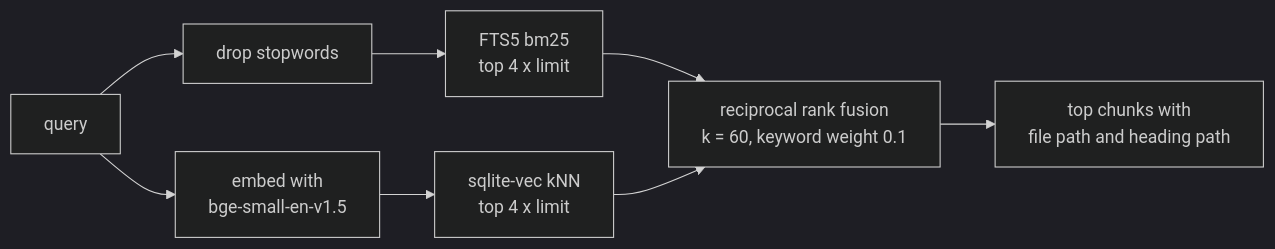
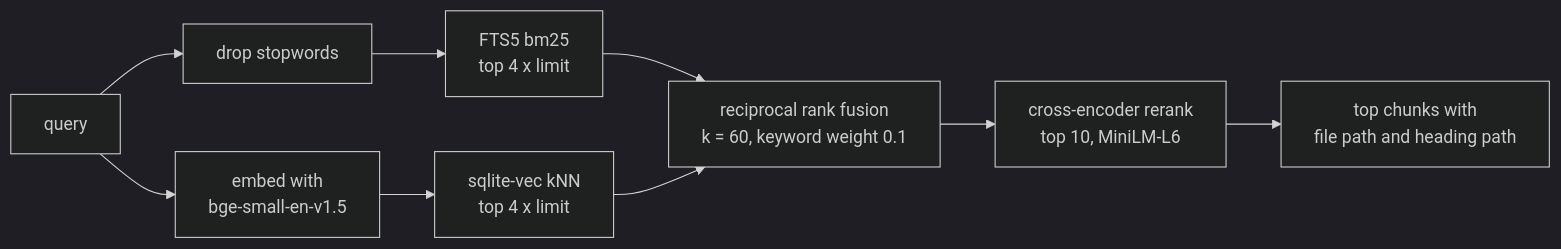
Before and after one commit to GitGudatCodeing/claude-second-brain: the second of 2 diagrams in README.md, drawn with Mermaid (dark theme). The commit also changed other lines of this file and 12 other files, not shown here.

First line of the commit message:
Rerank the top 10 with a cross-encoder; cap ONNX threads

````diff
--- a/README.md
+++ b/README.md
@@ -60,8 +60,9 @@
 ```mermaid
 flowchart LR
     q["query"] --> sw["drop stopwords"] --> fts["FTS5 bm25<br/>top 4 x limit"]
     q --> emb["embed with<br/>bge-small-en-v1.5"] --> vec["sqlite-vec kNN<br/>top 4 x limit"]
     fts --> rrf["reciprocal rank fusion<br/>k = 60, keyword weight 0.1"]
     vec --> rrf
-    rrf --> out["top chunks with<br/>file path and heading path"]
+    rrf --> rr["cross-encoder rerank<br/>top 10, MiniLM-L6"]
+    rr --> out["top chunks with<br/>file path and heading path"]
 ```
````
